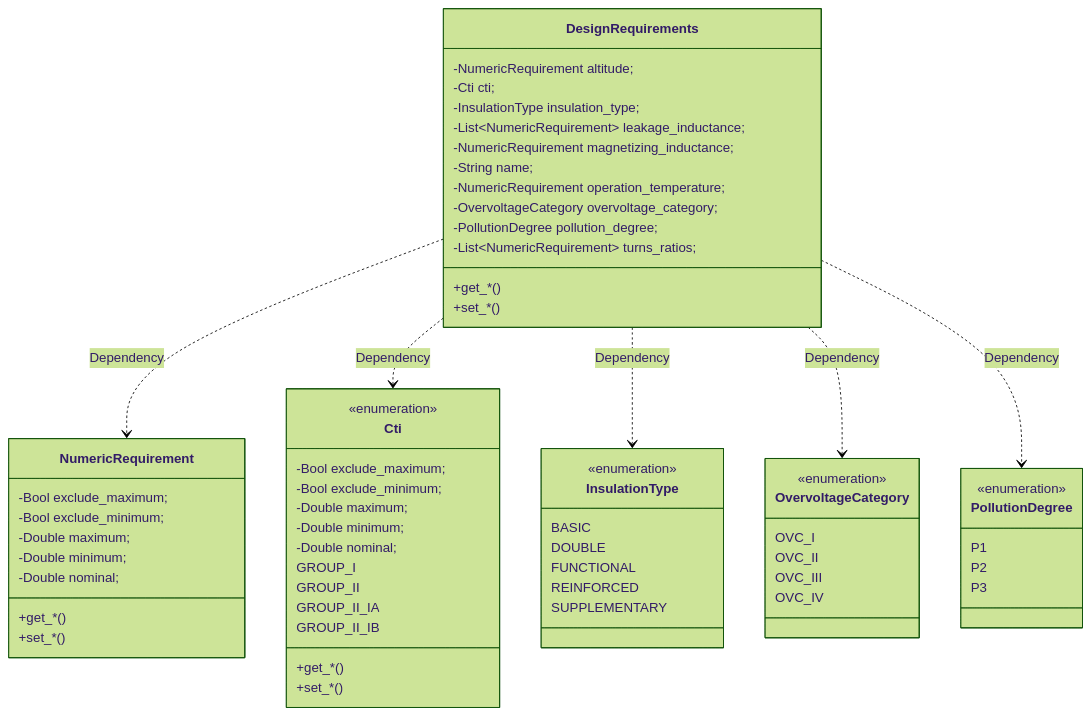
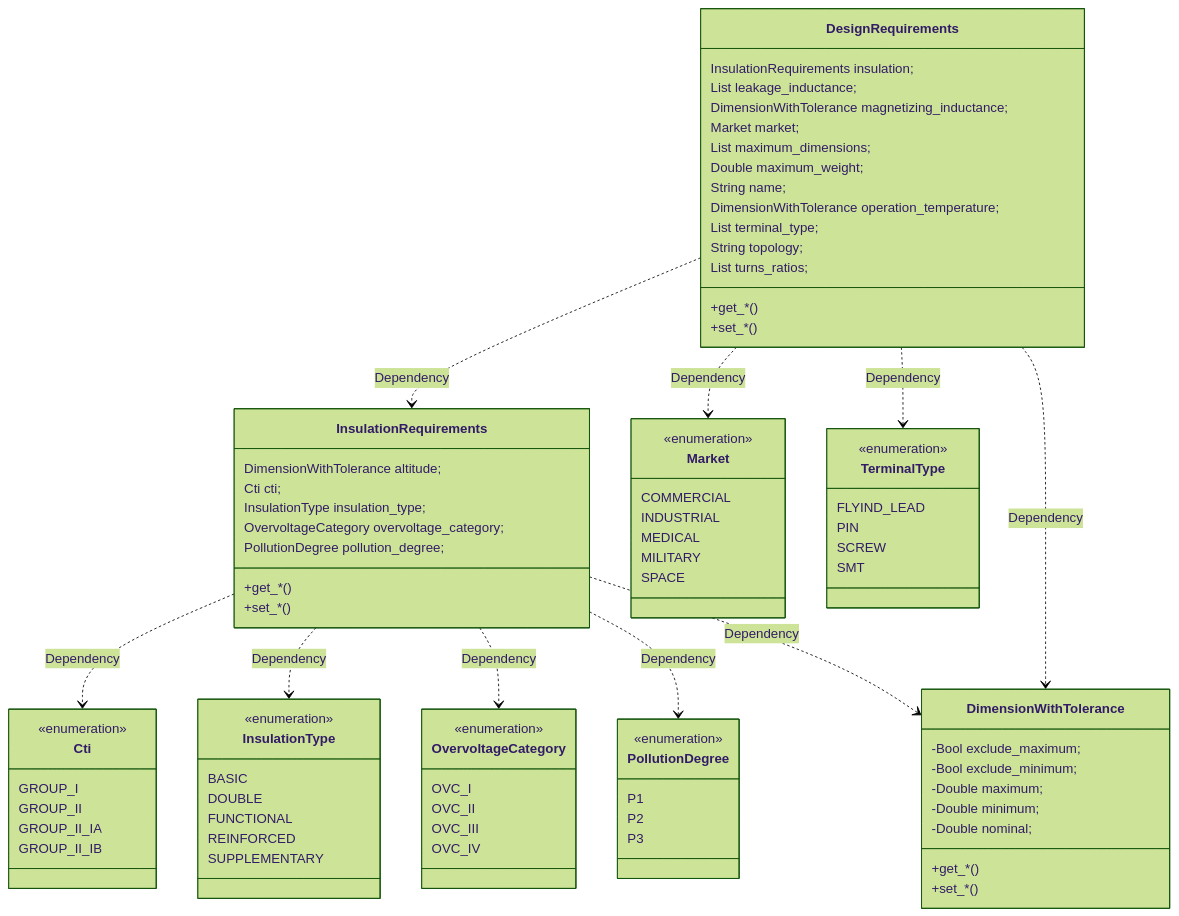
Before and after one commit to OpenMagnetics/MAS: the second of 4 diagrams in docs/inputs.md, drawn with Mermaid (forest theme). The commit also changed other lines of this file, not shown here.

Commit message:
Added more design requirements

````diff
--- a/docs/inputs.md
+++ b/docs/inputs.md
@@ -96,40 +111,47 @@
 ```mermaid
+
 classDiagram
 
 class DesignRequirements {
 
-    -NumericRequirement altitude;
-    -Cti cti;
-    -InsulationType insulation_type;
-    -List~NumericRequirement~ leakage_inductance;
-    -NumericRequirement magnetizing_inductance;
-    -String name;
-    -NumericRequirement operation_temperature;
-    -OvervoltageCategory overvoltage_category;
-    -PollutionDegree pollution_degree;
-    -List~NumericRequirement~ turns_ratios;
+    InsulationRequirements insulation;
+    List<DimensionWithTolerance> leakage_inductance;
+    DimensionWithTolerance magnetizing_inductance;
+    Market market;
+    List<Double> maximum_dimensions;
+    Double maximum_weight;
+    String name;
+    DimensionWithTolerance operation_temperature;
+    List<TerminalType> terminal_type;
+    String topology;
+    List<DimensionWithTolerance> turns_ratios;
 
     +get_*()
     +set_*()
 }
-DesignRequirements ..> NumericRequirement : Dependency
-DesignRequirements ..> Cti : Dependency
-DesignRequirements ..> InsulationType : Dependency
-DesignRequirements ..> OvervoltageCategory : Dependency
-DesignRequirements ..> PollutionDegree : Dependency
+DesignRequirements ..> InsulationRequirements : Dependency
+DesignRequirements ..> Market : Dependency
+DesignRequirements ..> TerminalType : Dependency
+DesignRequirements ..> DimensionWithTolerance : Dependency
 
-class NumericRequirement {
-    -Bool exclude_maximum;
-    -Bool exclude_minimum;
-    -Double maximum;
-    -Double minimum;
-    -Double nominal;
+class InsulationRequirements {
+
+    DimensionWithTolerance altitude;
+    Cti cti;
+    InsulationType insulation_type;
+    OvervoltageCategory overvoltage_category;
+    PollutionDegree pollution_degree;
 
     +get_*()
     +set_*()
 }
+InsulationRequirements ..> Cti : Dependency
+InsulationRequirements ..> InsulationType : Dependency
+InsulationRequirements ..> OvervoltageCategory : Dependency
+InsulationRequirements ..> PollutionDegree : Dependency
+InsulationRequirements ..> DimensionWithTolerance : Dependency
 
-class Cti {
+class DimensionWithTolerance {
     -Bool exclude_maximum;
     -Bool exclude_minimum;
     -Double maximum;
@@ -172,4 +194,20 @@
     P3
 }
 
+class Market {
+    <<enumeration>>
+    COMMERCIAL
+    INDUSTRIAL
+    MEDICAL
+    MILITARY
+    SPACE
+}
+
+class TerminalType {
+    <<enumeration>>
+    FLYIND_LEAD
+    PIN
+    SCREW
+    SMT
+}
 ```
````
